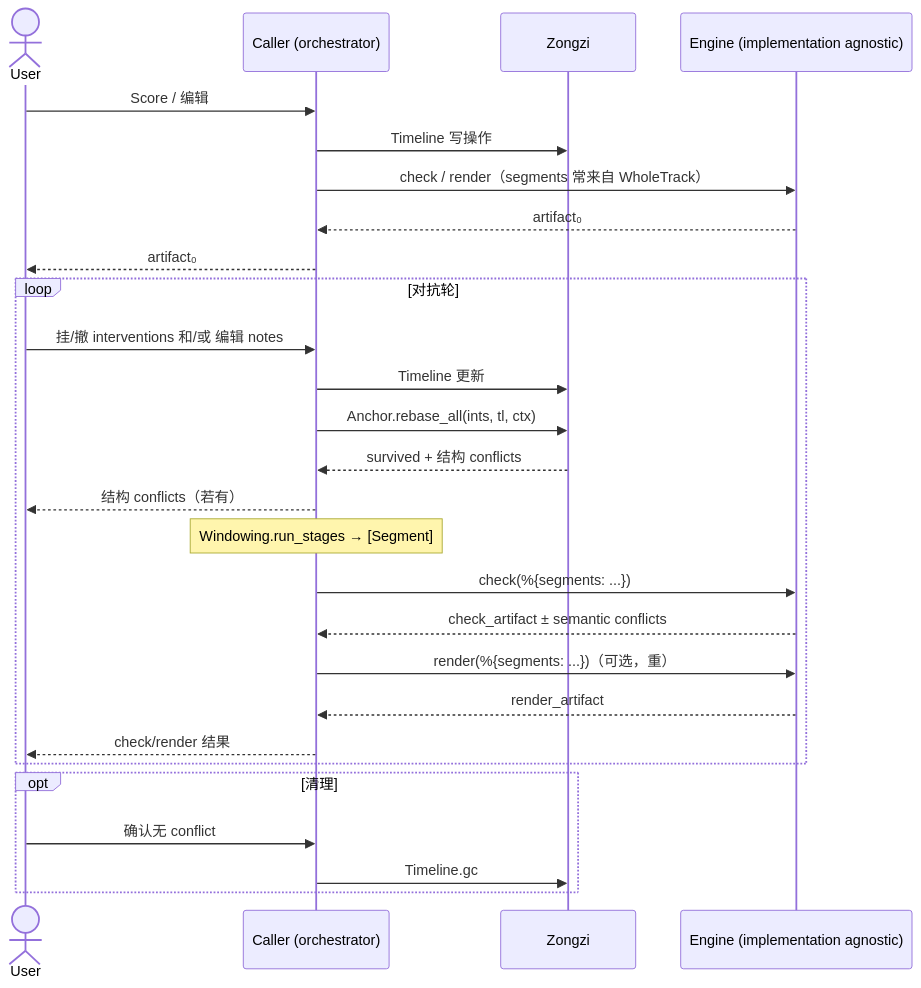
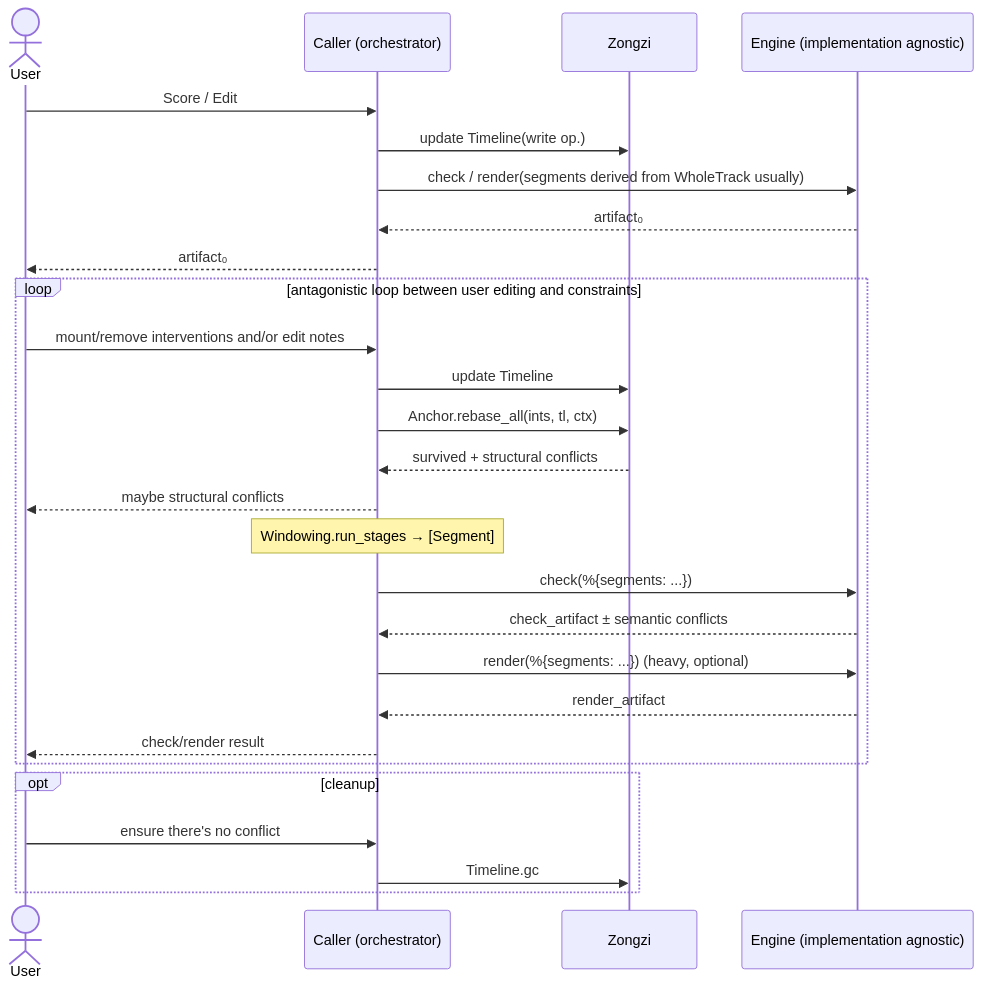
One commit to SynapticStrings/Zongzi changed the diagram in README.md. Above: the diagram before and after it, drawn with Mermaid. The commit also changed other lines of this file and 4 other files, not shown here.

````diff
--- a/README.md
+++ b/README.md
@@ -12,33 +12,33 @@
 ```mermaid
 sequenceDiagram
     actor User
     participant Caller as Caller (orchestrator)
     participant Zongzi
     participant Engine as Engine (implementation agnostic)
 
-    User->>Caller: Score / 编辑
-    Caller->>Zongzi: Timeline 写操作
-    Caller->>Engine: check / render（segments 常来自 WholeTrack）
+    User->>Caller: Score / Edit
+    Caller->>Zongzi: update Timeline(write op.)
+    Caller->>Engine: check / render(segments derived from WholeTrack usually)
     Engine-->>Caller: artifact₀
     Caller-->>User: artifact₀
 
-    loop 对抗轮
-        User->>Caller: 挂/撤 interventions 和/或 编辑 notes
-        Caller->>Zongzi: Timeline 更新
+    loop antagonistic loop between user editing and constraints
+        User->>Caller: mount/remove interventions and/or edit notes
+        Caller->>Zongzi: update Timeline
         Caller->>Zongzi: Anchor.rebase_all(ints, tl, ctx)
-        Zongzi-->>Caller: survived + 结构 conflicts
-        Caller-->>User: 结构 conflicts（若有）
+        Zongzi-->>Caller: survived + structural conflicts
+        Caller-->>User: maybe structural conflicts
 
         Note over Caller: Windowing.run_stages → [Segment]
         Caller->>Engine: check(%{segments: ...})
         Engine-->>Caller: check_artifact ± semantic conflicts
-        Caller->>Engine: render(%{segments: ...})（可选，重）
+        Caller->>Engine: render(%{segments: ...}) (heavy, optional)
         Engine-->>Caller: render_artifact
-        Caller-->>User: check/render 结果
+        Caller-->>User: check/render result
     end
 
-    opt 清理
-        User->>Caller: 确认无 conflict
+    opt cleanup
+        User->>Caller: ensure there's no conflict
         Caller->>Zongzi: Timeline.gc
     end
 ```
````
